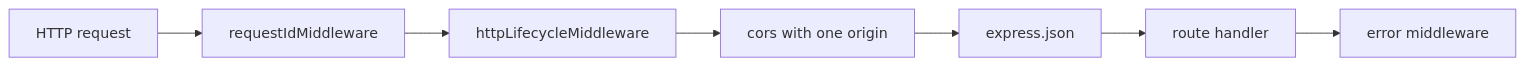
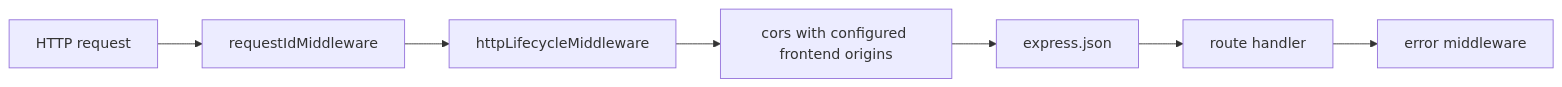
Before and after one commit to IsholaAtotimati/MEVSHIELD_NEW: the diagram in docs/services/backend.md, drawn with Mermaid. The commit also changed other lines of this file and 90 other files, not shown here.

````diff
--- a/docs/services/backend.md
+++ b/docs/services/backend.md
@@ -26,9 +26,9 @@
 ```mermaid
 graph LR
   req["HTTP request"] --> rid["requestIdMiddleware"]
   rid --> life["httpLifecycleMiddleware"]
-  life --> cors["cors with one origin"]
+  life --> cors["cors with configured frontend origins"]
   cors --> json["express.json"]
   json --> route["route handler"]
   route --> err["error middleware"]
 ```
````
